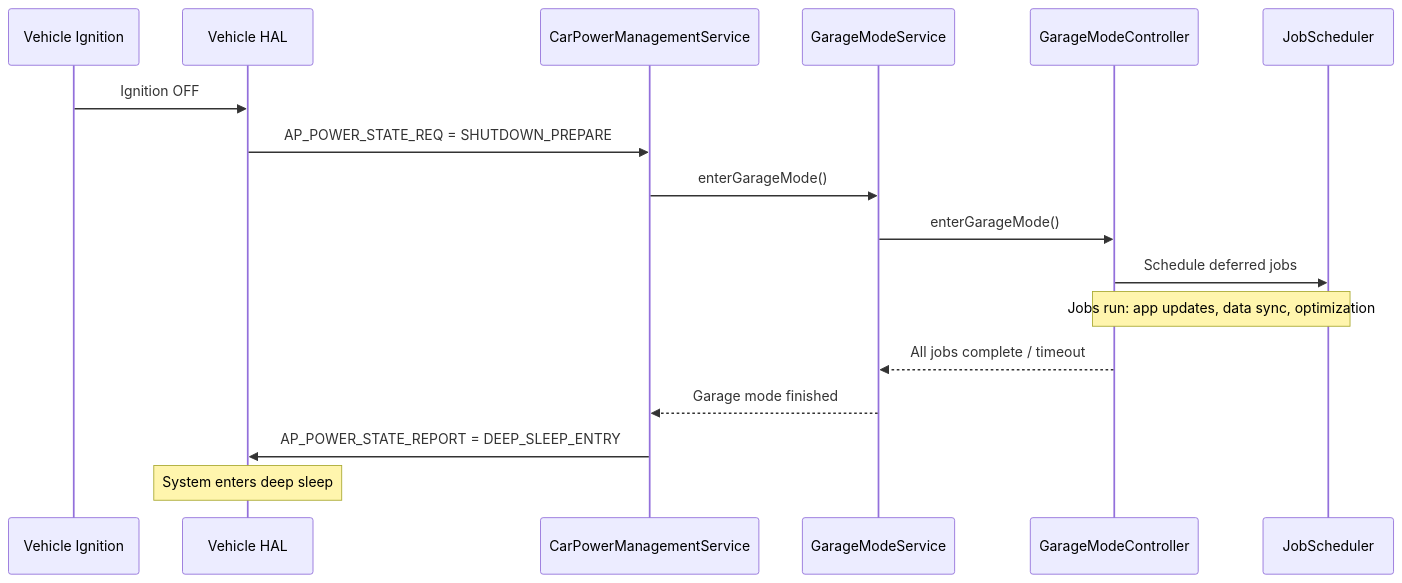
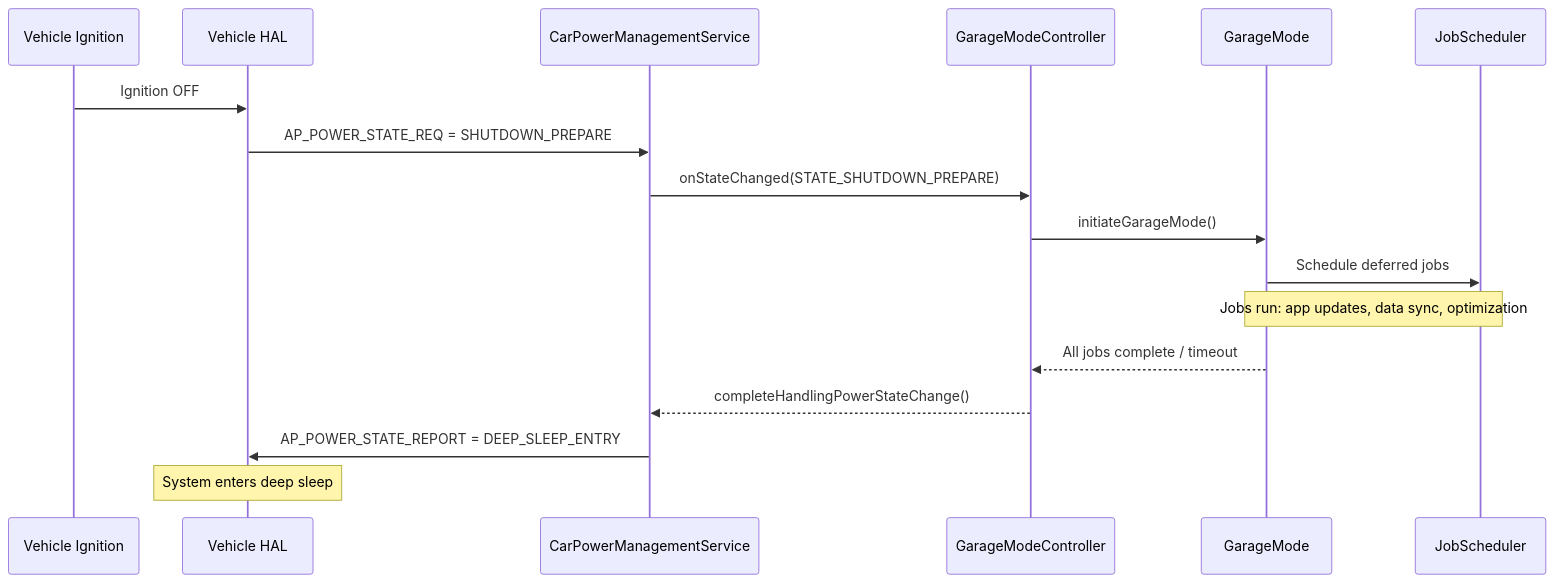
The tenth of 47 diagrams in 62-form-factors.md (aospbooks/aosp-internal-book), drawn with Mermaid before and after one commit. The commit also changed other lines of this file and 218 other files, not shown here.

````diff
--- a/62-form-factors.md
+++ b/62-form-factors.md
@@ -1049,22 +1052,22 @@
 ```mermaid
 sequenceDiagram
     participant Ignition as Vehicle Ignition
     participant VHAL as Vehicle HAL
     participant CPMS as CarPowerManagementService
-    participant GMS as GarageModeService
     participant GMC as GarageModeController
+    participant GM as GarageMode
     participant JS as JobScheduler
 
     Ignition->>VHAL: Ignition OFF
     VHAL->>CPMS: AP_POWER_STATE_REQ = SHUTDOWN_PREPARE
-    CPMS->>GMS: enterGarageMode()
-    GMS->>GMC: enterGarageMode()
-    GMC->>JS: Schedule deferred jobs
+    CPMS->>GMC: onStateChanged(STATE_SHUTDOWN_PREPARE)
+    GMC->>GM: initiateGarageMode()
+    GM->>JS: Schedule deferred jobs
 
-    Note over GMC,JS: Jobs run: app updates, data sync, optimization
+    Note over GM,JS: Jobs run: app updates, data sync, optimization
 
-    GMC-->>GMS: All jobs complete / timeout
-    GMS-->>CPMS: Garage mode finished
+    GM-->>GMC: All jobs complete / timeout
+    GMC-->>CPMS: completeHandlingPowerStateChange()
     CPMS->>VHAL: AP_POWER_STATE_REPORT = DEEP_SLEEP_ENTRY
     Note over VHAL: System enters deep sleep
 ```
````
